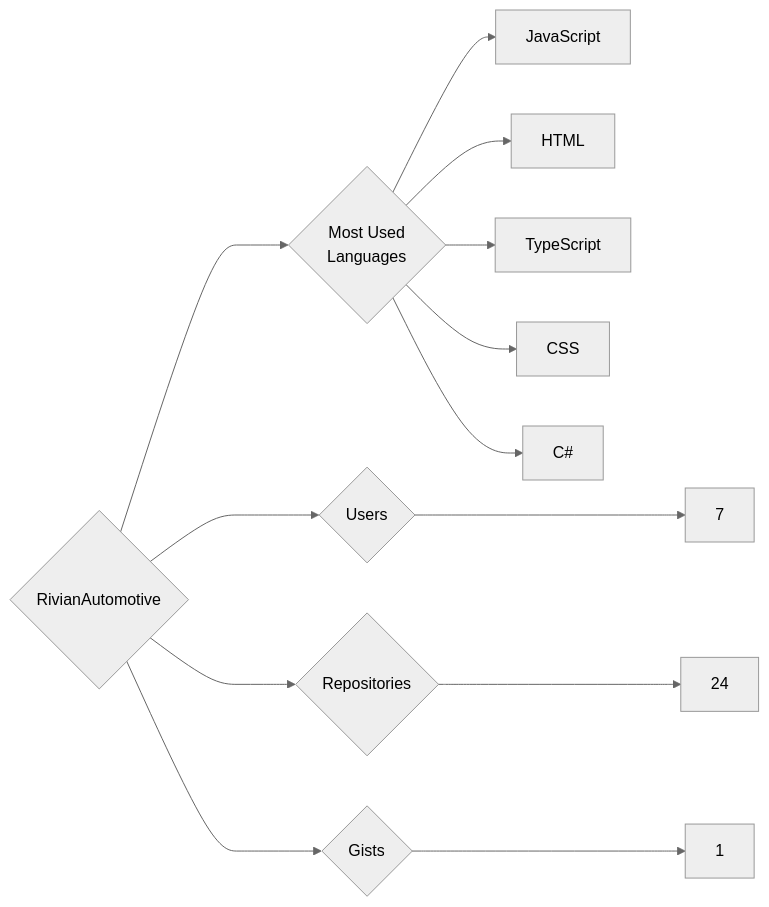
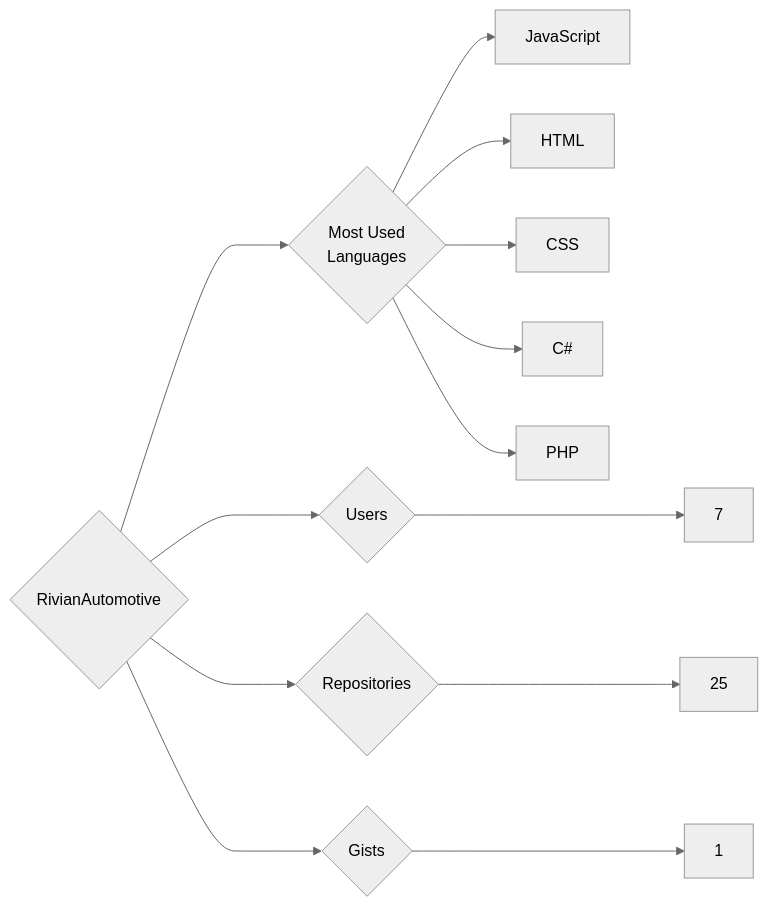
One commit to trickest/insiders changed the diagram in targets/RivianAutomotive/README.md. Above: the diagram before and after it, drawn with Mermaid (neutral theme). The commit also changed 1508 other files, not shown here.

````diff
--- a/targets/RivianAutomotive/README.md
+++ b/targets/RivianAutomotive/README.md
@@ -3,13 +3,13 @@
 ```mermaid
 graph LR
 COMPANY_NAME{RivianAutomotive}
 COMPANY_NAME ---> U{Users} ---> UN[7]
-COMPANY_NAME ---> R{Repositories} ---> RN[24]
+COMPANY_NAME ---> R{Repositories} ---> RN[25]
 COMPANY_NAME ---> G{Gists} ---> GN[1]
 COMPANY_NAME ---> ML{Most Used<br>Languages}
 ML --> JavaScript[JavaScript]
 ML --> HTML[HTML]
-ML --> TypeScript[TypeScript]
 ML --> CSS[CSS]
 ML --> C#[C#]
+ML --> PHP[PHP]
 ```
````
